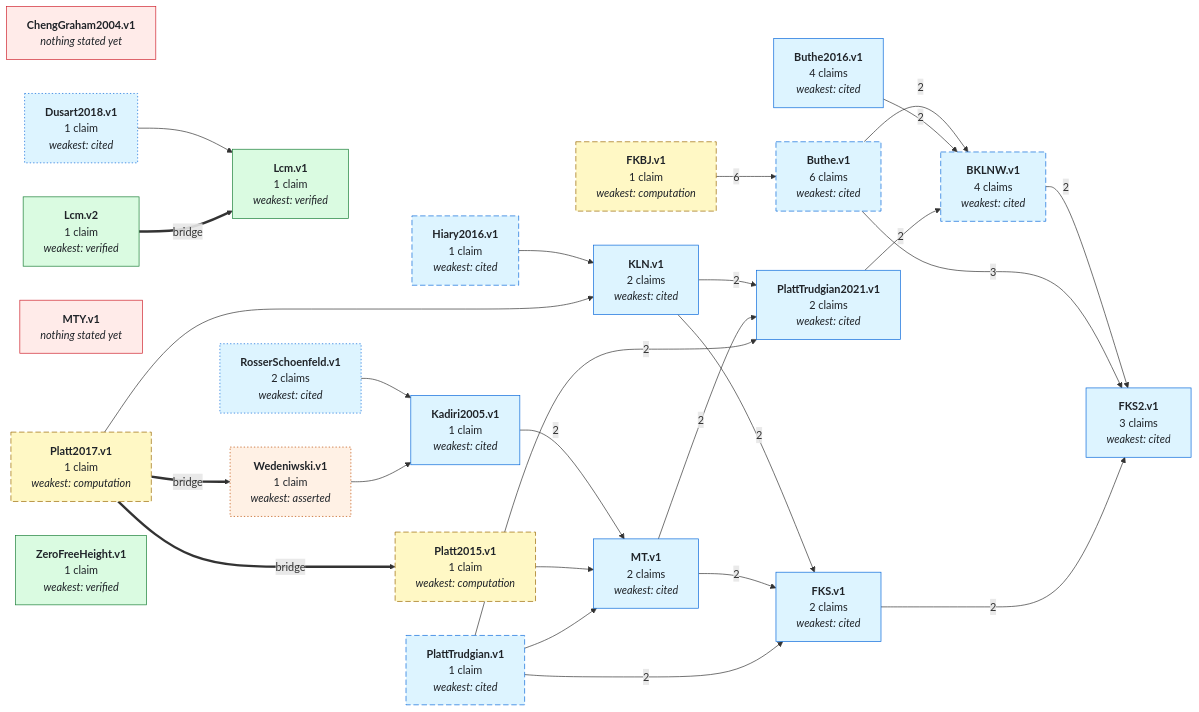
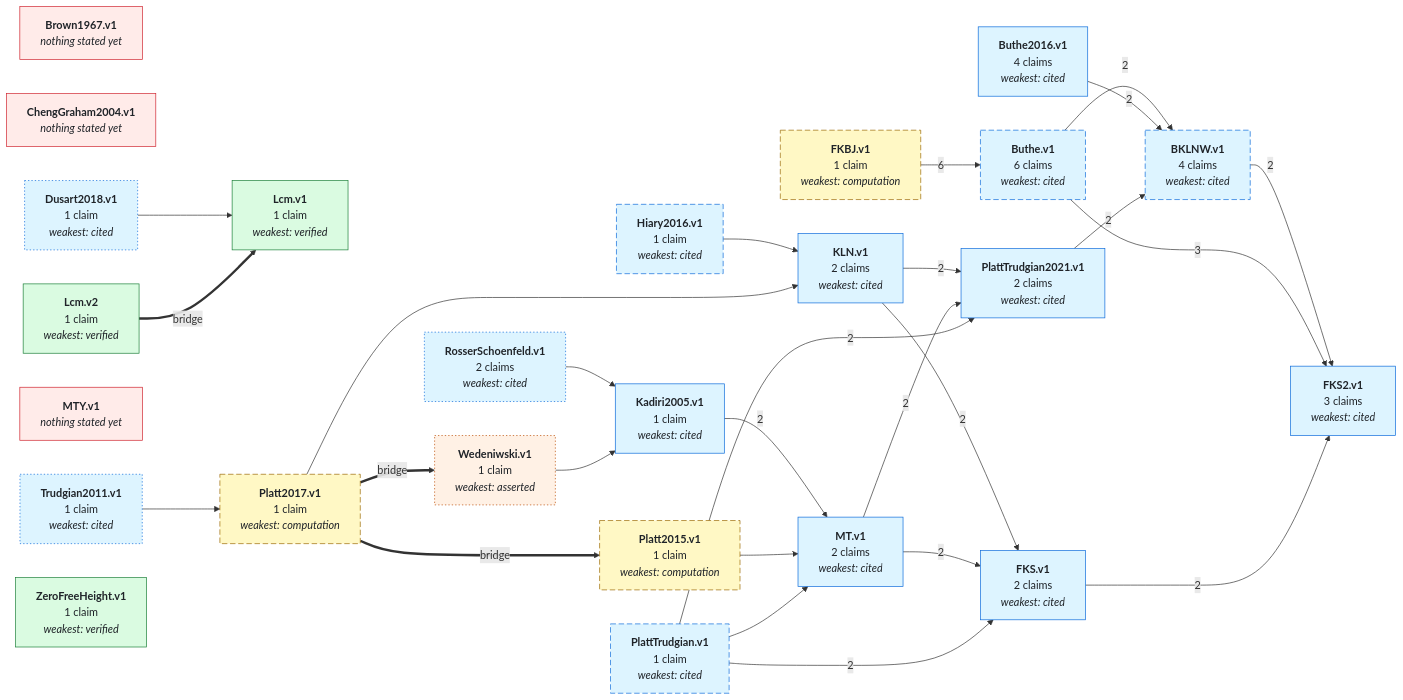
One commit to teorth/IEANTN changed the first of 2 diagrams in GRAPH.md. Above: the diagram before and after it, drawn with Mermaid. The commit also changed other lines of this file and 20 other files, not shown here.

````diff
--- a/GRAPH.md
+++ b/GRAPH.md
@@ -43,6 +43,7 @@
 ```mermaid
 graph LR
   NBKLNW_v1["<b>BKLNW.v1</b><br/>4 claims<br/><i>weakest: cited</i>"]
+  NBrown1967_v1["<b>Brown1967.v1</b><br/><i>nothing stated yet</i>"]
   NButhe_v1["<b>Buthe.v1</b><br/>6 claims<br/><i>weakest: cited</i>"]
   NButhe2016_v1["<b>Buthe2016.v1</b><br/>4 claims<br/><i>weakest: cited</i>"]
   NChengGraham2004_v1["<b>ChengGraham2004.v1</b><br/><i>nothing stated yet</i>"]
@@ -62,6 +63,7 @@
   NPlattTrudgian_v1["<b>PlattTrudgian.v1</b><br/>1 claim<br/><i>weakest: cited</i>"]
   NPlattTrudgian2021_v1["<b>PlattTrudgian2021.v1</b><br/>2 claims<br/><i>weakest: cited</i>"]
   NRosserSchoenfeld_v1["<b>RosserSchoenfeld.v1</b><br/>2 claims<br/><i>weakest: cited</i>"]
+  NTrudgian2011_v1["<b>Trudgian2011.v1</b><br/>1 claim<br/><i>weakest: cited</i>"]
   NWedeniwski_v1["<b>Wedeniwski.v1</b><br/>1 claim<br/><i>weakest: asserted</i>"]
   NZeroFreeHeight_v1["<b>ZeroFreeHeight.v1</b><br/>1 claim<br/><i>weakest: verified</i>"]
   NBKLNW_v1 -->|2| NFKS2_v1
@@ -84,6 +86,7 @@
   NPlattTrudgian_v1 -->|2| NPlattTrudgian2021_v1
   NPlattTrudgian2021_v1 -->|2| NBKLNW_v1
   NRosserSchoenfeld_v1 --> NKadiri2005_v1
+  NTrudgian2011_v1 --> NPlatt2017_v1
   NWedeniwski_v1 --> NKadiri2005_v1
   NLcm_v2 ==>|bridge| NLcm_v1
   NPlatt2017_v1 ==>|bridge| NPlatt2015_v1
@@ -97,10 +100,11 @@
   style NPlatt2017_v1 stroke-dasharray: 8 4;
   style NPlattTrudgian_v1 stroke-dasharray: 8 4;
   style NRosserSchoenfeld_v1 stroke-dasharray: 2 3;
+  style NTrudgian2011_v1 stroke-dasharray: 2 3;
   style NWedeniwski_v1 stroke-dasharray: 2 3;
-  class NChengGraham2004_v1,NMTY_v1 none_yet;
+  class NBrown1967_v1,NChengGraham2004_v1,NMTY_v1 none_yet;
   class NWedeniwski_v1 asserted;
-  class NBKLNW_v1,NButhe_v1,NButhe2016_v1,NDusart2018_v1,NFKS_v1,NFKS2_v1,NHiary2016_v1,NKLN_v1,NKadiri2005_v1,NMT_v1,NPlattTrudgian_v1,NPlattTrudgian2021_v1,NRosserSchoenfeld_v1 literature;
+  class NBKLNW_v1,NButhe_v1,NButhe2016_v1,NDusart2018_v1,NFKS_v1,NFKS2_v1,NHiary2016_v1,NKLN_v1,NKadiri2005_v1,NMT_v1,NPlattTrudgian_v1,NPlattTrudgian2021_v1,NRosserSchoenfeld_v1,NTrudgian2011_v1 literature;
   class NFKBJ_v1,NPlatt2015_v1,NPlatt2017_v1 numerical;
   class NLcm_v1,NLcm_v2,NZeroFreeHeight_v1 lean_comparator;
   click NBKLNW_v1 href "https://github.com/teorth/IEANTN/blob/main/docs/nodes/BKLNW-v1.md" _blank
@@ -121,6 +125,7 @@
   click NPlattTrudgian_v1 href "https://github.com/teorth/IEANTN/blob/main/docs/nodes/PlattTrudgian-v1.md" _blank
   click NPlattTrudgian2021_v1 href "https://github.com/teorth/IEANTN/blob/main/docs/nodes/PlattTrudgian2021-v1.md" _blank
   click NRosserSchoenfeld_v1 href "https://github.com/teorth/IEANTN/blob/main/docs/nodes/RosserSchoenfeld-v1.md" _blank
+  click NTrudgian2011_v1 href "https://github.com/teorth/IEANTN/blob/main/docs/nodes/Trudgian2011-v1.md" _blank
   click NWedeniwski_v1 href "https://github.com/teorth/IEANTN/blob/main/docs/nodes/Wedeniwski-v1.md" _blank
   click NZeroFreeHeight_v1 href "https://github.com/teorth/IEANTN/blob/main/docs/nodes/ZeroFreeHeight-v1.md" _blank
   classDef lean_comparator fill:#dafbe1,stroke:#1a7f37,color:#1f2328;
````
